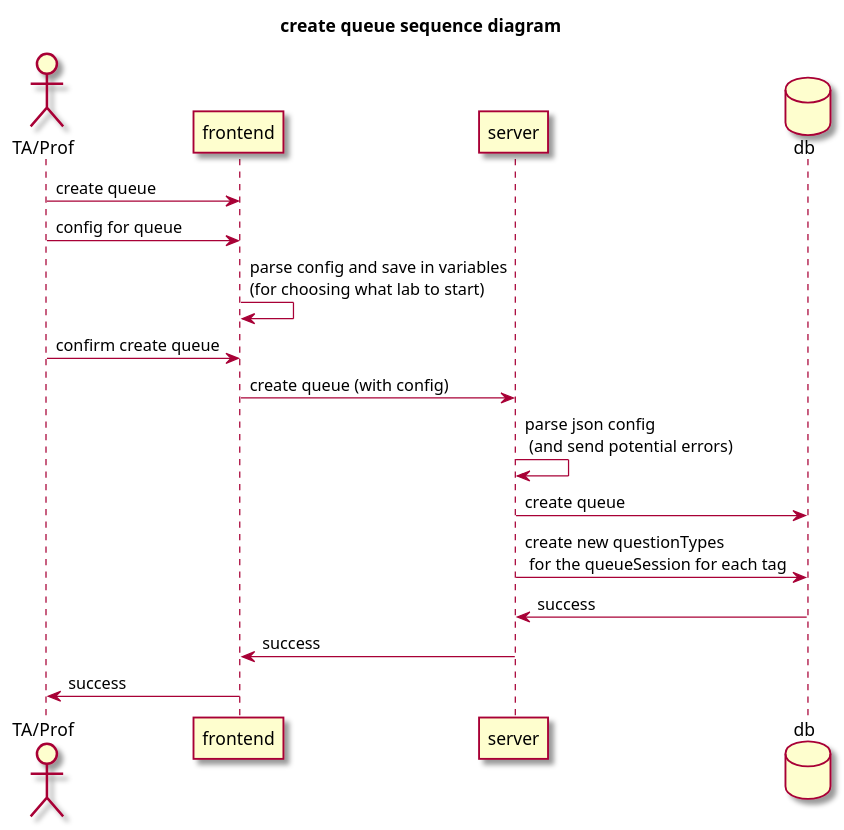
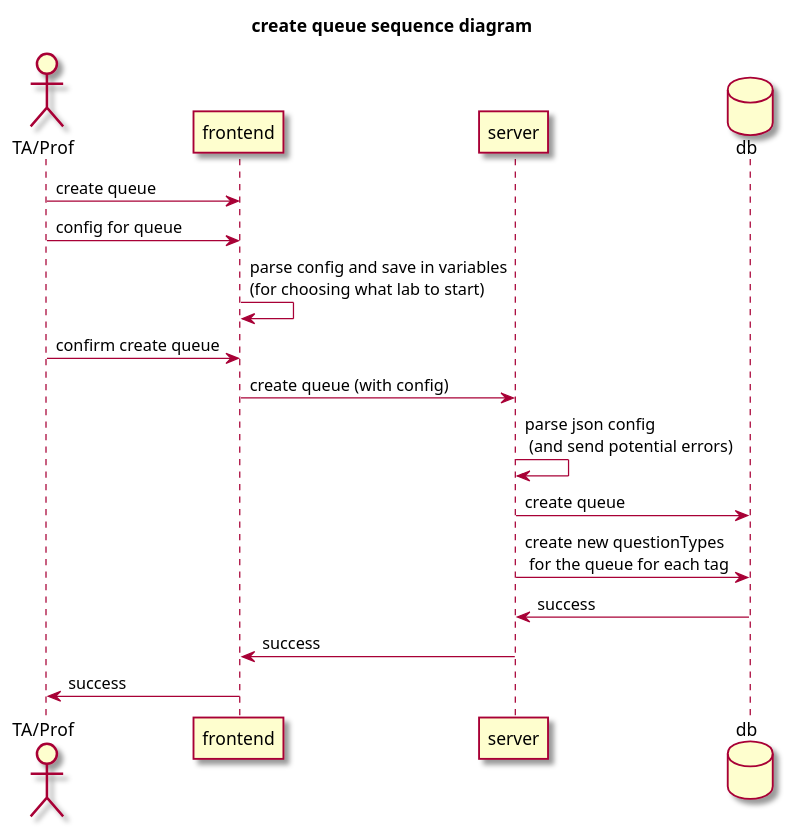
One commit to ubco-db/helpme changed the diagram in docs/plantuml_diagrams/v2_sequence_create_queue.wsd. Above: the diagram before and after it, drawn with PlantUML. The commit also changed 25 other files, not shown here.

```diff
--- a/docs/plantuml_diagrams/v2_sequence_create_queue.wsd
+++ b/docs/plantuml_diagrams/v2_sequence_create_queue.wsd
@@ -1,24 +1,24 @@
 @startuml
 
 skin rose
 
 title "create queue sequence diagram"
 
 actor User as "TA/Prof"
 participant frontend
 participant server
 database db
 
 User -> frontend : create queue
 User -> frontend : config for queue
 frontend -> frontend : parse config and save in variables\n(for choosing what lab to start)
 User -> frontend : confirm create queue
 frontend -> server : create queue (with config)
 server -> server : parse json config \n (and send potential errors)
 server -> db : create queue
-server -> db : create new questionTypes\n for the queueSession for each tag
+server -> db : create new questionTypes\n for the queue for each tag
 server <- db : success
 frontend <- server : success
 User <- frontend : success
 
 @enduml
```
